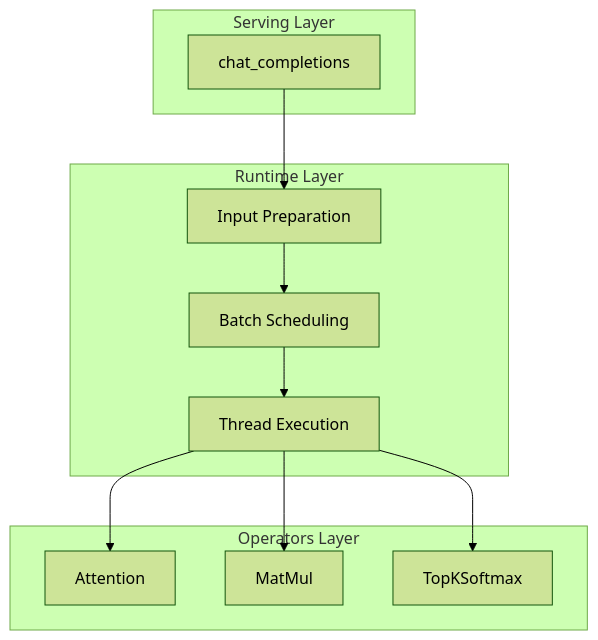
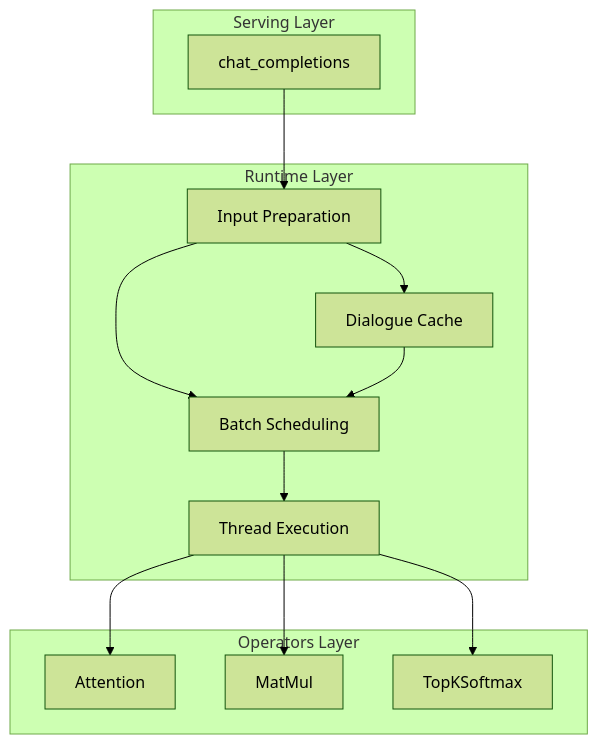
One commit to lucienhuangfu/eLLM changed the first of 4 diagrams in docs/design/runtime/overview.md. Above: the diagram before and after it, drawn with Mermaid (forest theme). The commit also changed other lines of this file and 2 other files, not shown here.

First line of the commit message:
Revise runtime docs: cache, scheduler, slot manager

````diff
--- a/docs/design/runtime/overview.md
+++ b/docs/design/runtime/overview.md
@@ -28,25 +29,28 @@
 ```mermaid
 flowchart TB
     subgraph Serving Layer
         A[chat_completions]
     end
 
     subgraph Runtime Layer
         B[Input Preparation]
         C[Batch Scheduling]
         D[Thread Execution]
+        E[Dialogue Cache]
     end
 
     subgraph Operators Layer
-        E[Attention]
-        F[MatMul]
-        G[TopKSoftmax]
+        F[Attention]
+        G[MatMul]
+        H[TopKSoftmax]
     end
 
     A --> B
     B --> C
+    B --> E
     C --> D
-    D --> E
     D --> F
     D --> G
+    D --> H
+    E --> C
 ```
````
